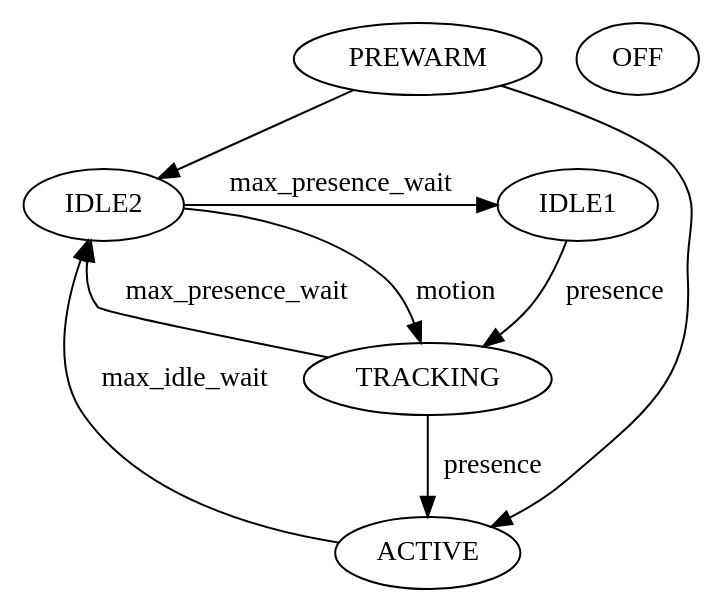
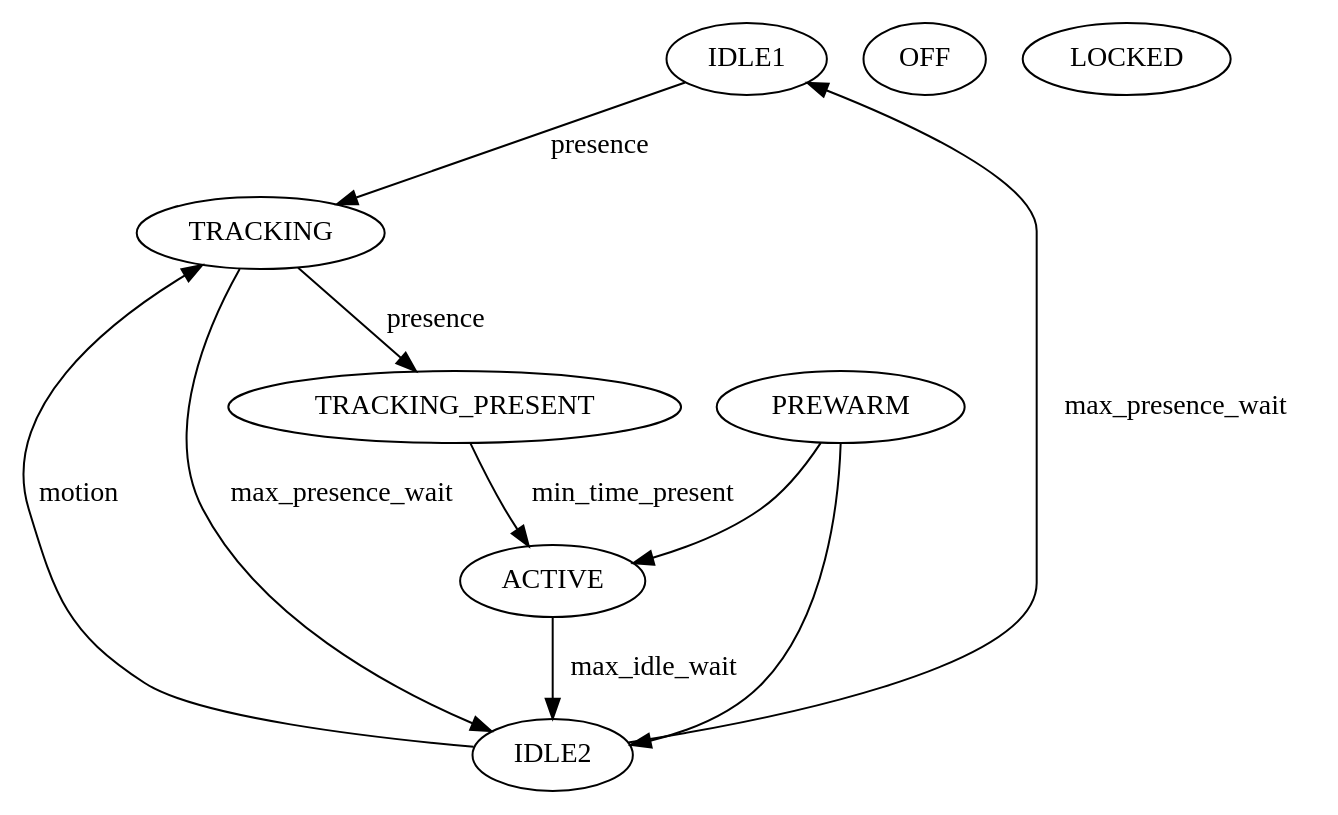
One commit to larsks/warmoffice-mp changed the diagram in states.dot. Above: the diagram before and after it, drawn with Graphviz. The commit also changed 2 other files, not shown here.

Commit message:
Track presence time through TRACKING_PRESENT state
The previous commit worked, but was essentially embedding a second
state machine inside the TRACKING state. This presents a cleaner solution
by implementing an additional TRACKING_PRESENT state; presence detection in
TRACKING transitions to TRACK_PRESENT, which will either reach
max_time_present and transition to ACTIVE or lose presence and transition
back to TRACKING.

```diff
--- a/states.dot
+++ b/states.dot
@@ -1,21 +1,21 @@
 digraph {
-  {
-    rank = same;
-    IDLE1;
-    IDLE2;
-  }
+  IDLE1;
+  IDLE2;
   TRACKING;
+  TRACKING_PRESENT;
   ACTIVE;
   PREWARM;
   OFF;
+  LOCKED;
 
   IDLE1 -> TRACKING [label="presence"];
   IDLE2 -> TRACKING [label="motion"];
-  TRACKING -> ACTIVE [label="presence"];
+  TRACKING -> TRACKING_PRESENT [label="presence"];
+  TRACKING_PRESENT -> ACTIVE [label="min_time_present"];
   ACTIVE -> IDLE2 [label="max_idle_wait"];
   IDLE2 -> IDLE1 [label="max_presence_wait"];
   TRACKING -> IDLE2 [label="max_presence_wait"];
 
   PREWARM -> ACTIVE;
   PREWARM -> IDLE2;
 }
```
